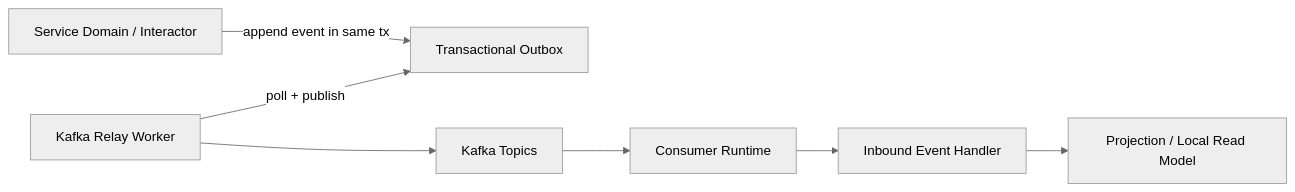
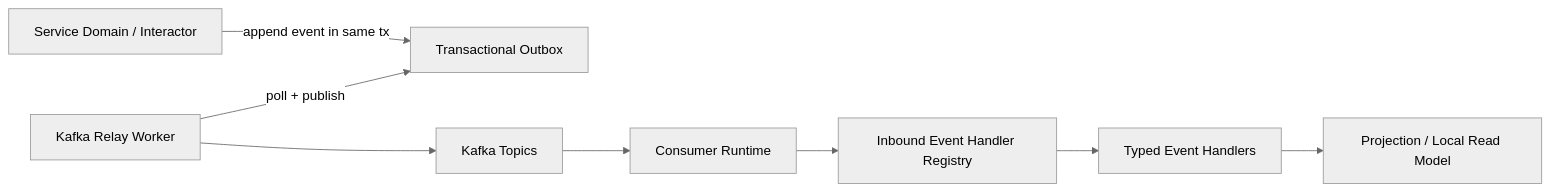
The first of 2 diagrams in docs/architecture/async-messaging.md (tuannm99/podzone), drawn with Mermaid (neutral theme) before and after one commit. The commit also changed other lines of this file and 5 other files, not shown here.

````diff
--- a/docs/architecture/async-messaging.md
+++ b/docs/architecture/async-messaging.md
@@ -5,17 +5,19 @@
 ```mermaid
 flowchart LR
     Domain["Service Domain / Interactor"]
     Outbox["Transactional Outbox"]
     Relay["Kafka Relay Worker"]
     Kafka["Kafka Topics"]
     ConsumerRuntime["Consumer Runtime"]
-    Handler["Inbound Event Handler"]
+    Handler["Inbound Event Handler Registry"]
+    TypedHandlers["Typed Event Handlers"]
     Projection["Projection / Local Read Model"]
 
     Domain -->|"append event in same tx"| Outbox
     Relay -->|"poll + publish"| Outbox
     Relay --> Kafka
     Kafka --> ConsumerRuntime
     ConsumerRuntime --> Handler
-    Handler --> Projection
+    Handler --> TypedHandlers
+    TypedHandlers --> Projection
 ```
````
